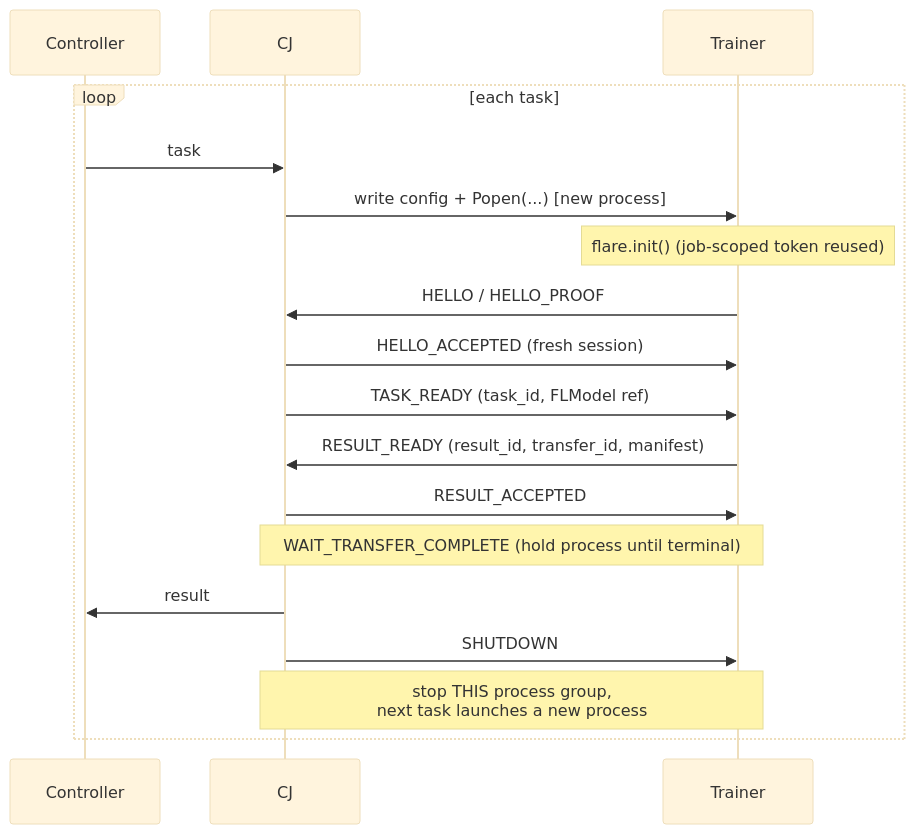
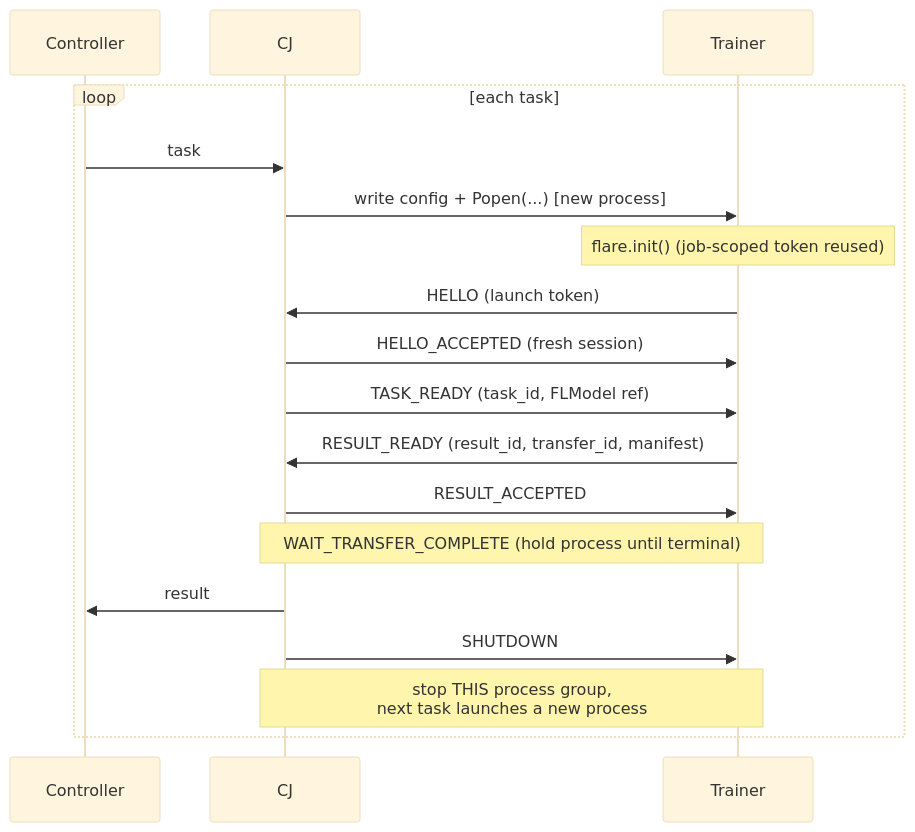
One commit to NVIDIA/NVFlare changed the third of 4 diagrams in docs/design/client_api_execution_modes.md. Above: the diagram before and after it, drawn with Mermaid (base theme). The commit also changed other lines of this file, not shown here.

First line of the commit message:
Scope external_process auth to trusted-host V1 (HELLO without HMAC)

````diff
--- a/docs/design/client_api_execution_modes.md
+++ b/docs/design/client_api_execution_modes.md
@@ -233,20 +231,20 @@
 ```mermaid
 sequenceDiagram
     participant C as Controller
     participant E as CJ
     participant T as Trainer
     loop each task
         C->>E: task
         E->>T: write config + Popen(...) [new process]
         Note over T: flare.init() (job-scoped token reused)
-        T->>E: HELLO / HELLO_PROOF
+        T->>E: HELLO (launch token)
         E->>T: HELLO_ACCEPTED (fresh session)
         E->>T: TASK_READY (task_id, FLModel ref)
         T->>E: RESULT_READY (result_id, transfer_id, manifest)
         E->>T: RESULT_ACCEPTED
         Note over E,T: WAIT_TRANSFER_COMPLETE (hold process until terminal)
         E->>C: result
         E->>T: SHUTDOWN
         Note over E,T: stop THIS process group,<br/>next task launches a new process
     end
 ```
````
